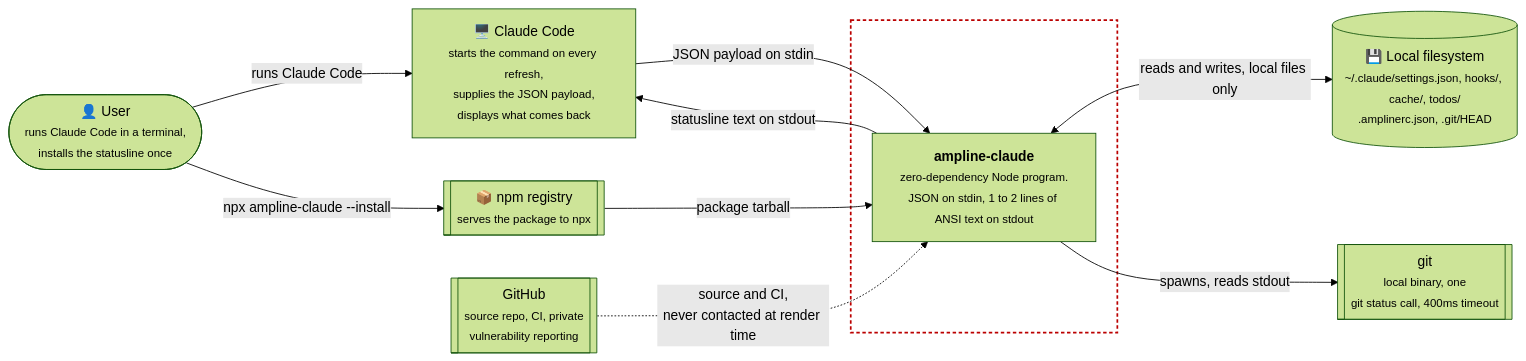
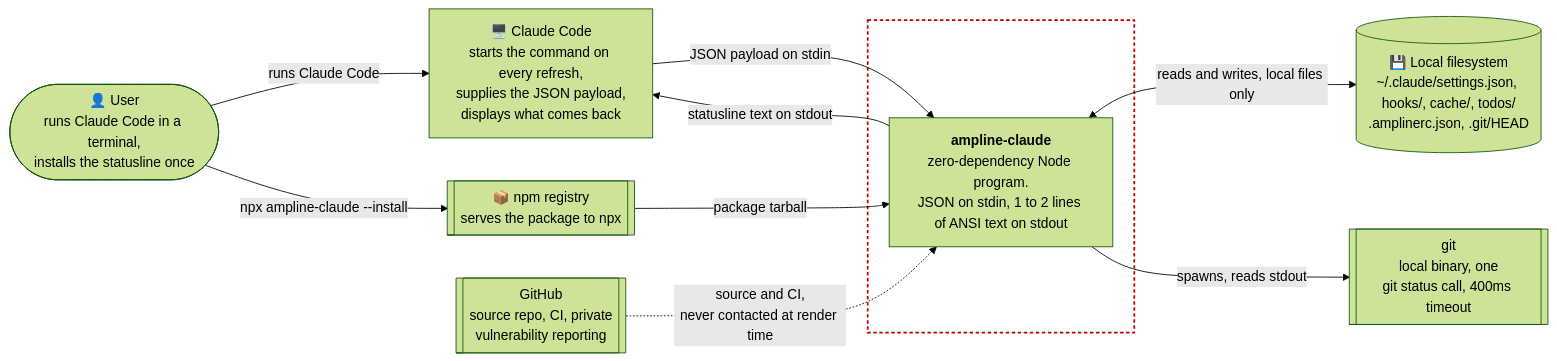
The diagram in diagrams/c4-context.md (carterptull/ampline-claude), drawn with Mermaid (forest theme) before and after one commit. The commit also changed 6 other files, not shown here.

Commit message:
docs: remove small tags from all diagrams and note why in the syntax rules

````diff
--- a/diagrams/c4-context.md
+++ b/diagrams/c4-context.md
@@ -11,26 +11,26 @@
 ```mermaid
 flowchart LR
-    user(["👤 User<br/><small>runs Claude Code in a terminal,<br/>installs the statusline once</small>"])
+    user(["👤 User<br/>runs Claude Code in a terminal,<br/>installs the statusline once"])
 
-    cc["🖥️ Claude Code<br/><small>starts the command on every refresh,<br/>supplies the JSON payload,<br/>displays what comes back</small>"]
+    cc["🖥️ Claude Code<br/>starts the command on every refresh,<br/>supplies the JSON payload,<br/>displays what comes back"]
 
     subgraph boundary[" "]
-        amp["<b>ampline-claude</b><br/><small>zero-dependency Node program.<br/>JSON on stdin, 1 to 2 lines of ANSI text on stdout</small>"]
+        amp["<b>ampline-claude</b><br/>zero-dependency Node program.<br/>JSON on stdin, 1 to 2 lines of ANSI text on stdout"]
     end
 
-    fs[("💾 Local filesystem<br/><small>~/.claude/settings.json, hooks/, cache/, todos/<br/>.amplinerc.json, .git/HEAD</small>")]
-    git[["git<br/><small>local binary, one<br/>git status call, 400ms timeout</small>"]]
-    npm[["📦 npm registry<br/><small>serves the package to npx</small>"]]
-    gh[["GitHub<br/><small>source repo, CI, private<br/>vulnerability reporting</small>"]]
+    fs[("💾 Local filesystem<br/>~/.claude/settings.json, hooks/, cache/, todos/<br/>.amplinerc.json, .git/HEAD")]
+    git[["git<br/>local binary, one<br/>git status call, 400ms timeout"]]
+    npm[["📦 npm registry<br/>serves the package to npx"]]
+    gh[["GitHub<br/>source repo, CI, private<br/>vulnerability reporting"]]
 
     user -->|"runs Claude Code"| cc
     user -->|"npx ampline-claude --install"| npm
     npm -->|"package tarball"| amp
     cc -->|"JSON payload on stdin"| amp
     amp -->|"statusline text on stdout"| cc
     amp <-->|"reads and writes, local files only"| fs
     amp -->|"spawns, reads stdout"| git
     gh -.->|"source and CI,<br/>never contacted at render time"| amp
 
     style boundary fill:transparent,stroke:#BB0000,stroke-width:2px,stroke-dasharray: 4 3
 ```
````
